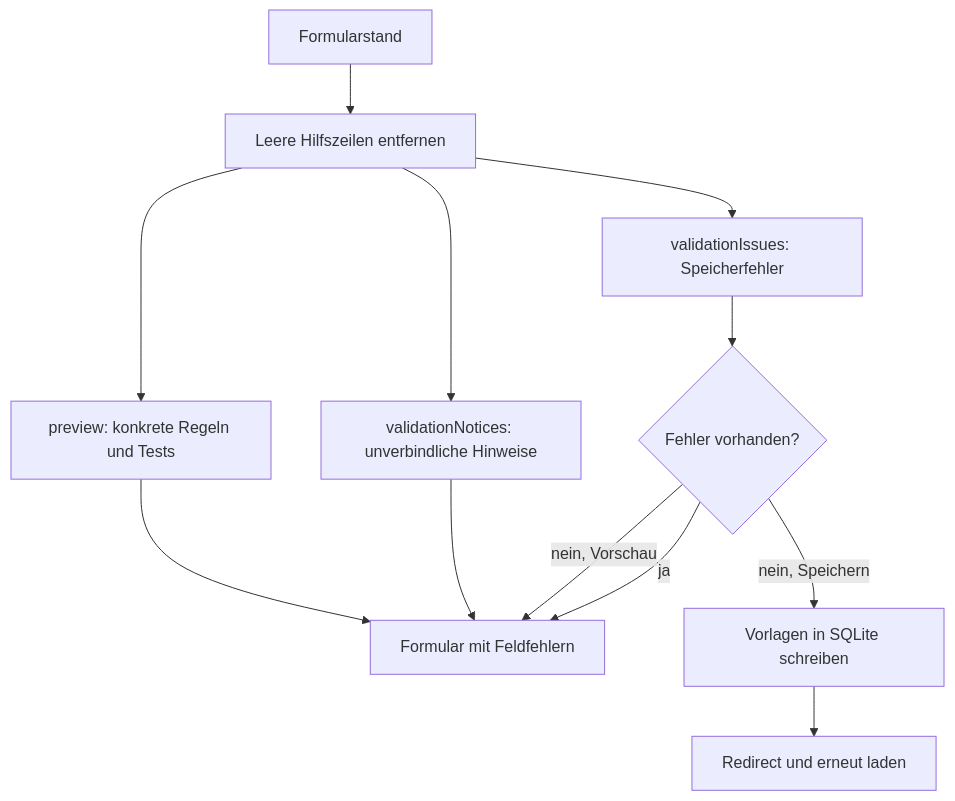
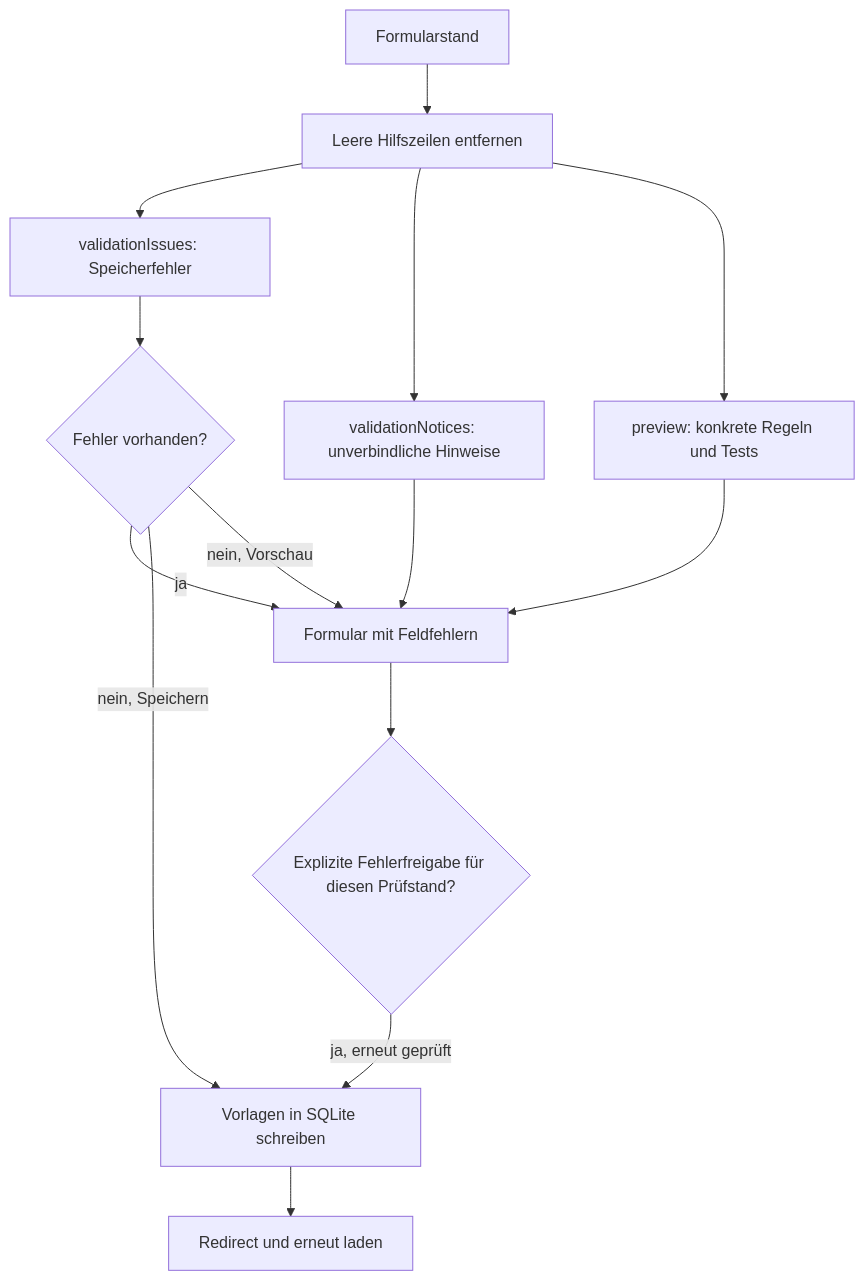
Before and after one commit to Deutsche-Digitale-Bibliothek/ddblabs-timeparser-rules: the diagram in docs/entwicklung.md, drawn with Mermaid. The commit also changed other lines of this file and 1 other file, not shown here.

Commit message:
docs: clarify rule syntax and document editor architecture

````diff
--- a/docs/entwicklung.md
+++ b/docs/entwicklung.md
@@ -38,14 +42,16 @@
 ```mermaid
 flowchart TD
     F[Formularstand] --> C[Leere Hilfszeilen entfernen]
     C --> E[validationIssues: Speicherfehler]
     C --> N[validationNotices: unverbindliche Hinweise]
     C --> P[preview: konkrete Regeln und Tests]
     E --> D{Fehler vorhanden?}
     D -->|ja| V[Formular mit Feldfehlern]
+    V --> Z{Explizite Fehlerfreigabe für diesen Prüfstand?}
+    Z -->|ja, erneut geprüft| S
     D -->|nein, Speichern| S[Vorlagen in SQLite schreiben]
     D -->|nein, Vorschau| V
     N --> V
     P --> V
     S --> R[Redirect und erneut laden]
 ```
````
